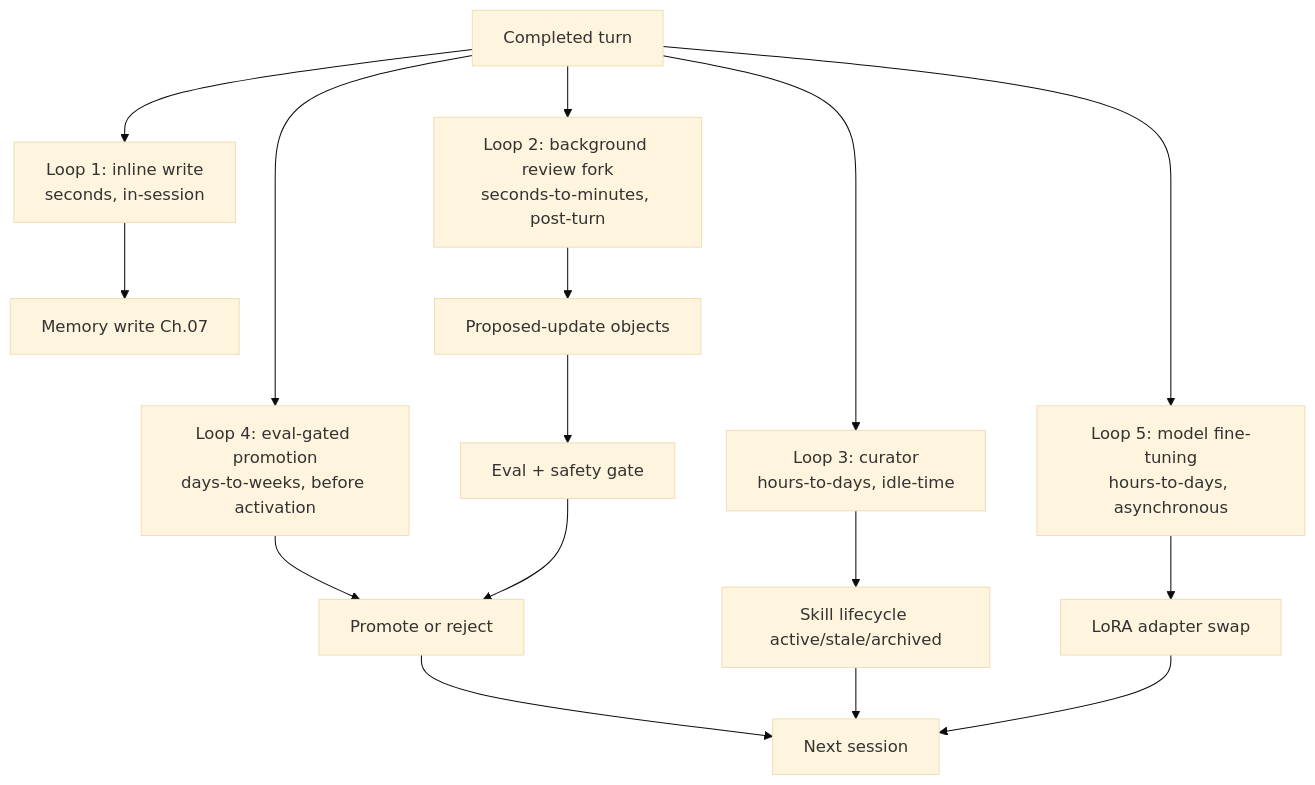
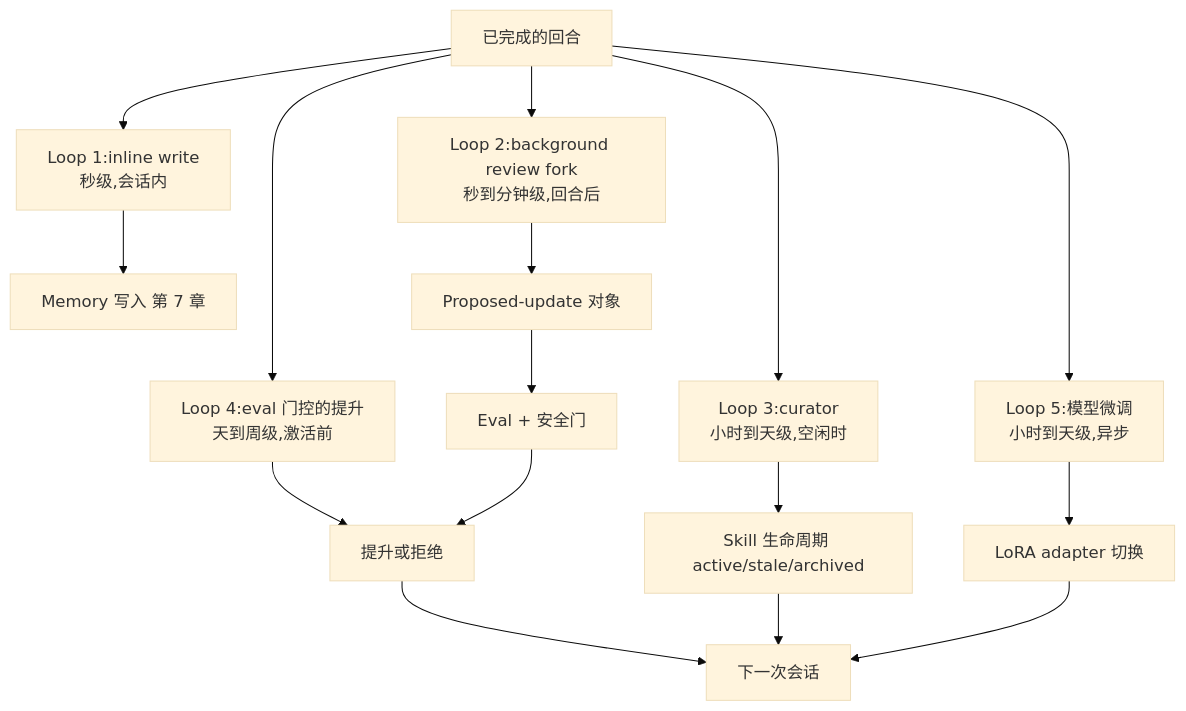
The first of 3 diagrams in course-zh/21-self-evolving-agents.md (ocxers/agentic-ai-system-course-zh), drawn with Mermaid (base theme) before and after one commit. The commit also changed other lines of this file and 14 other files, not shown here.

````diff
--- a/course-zh/21-self-evolving-agents.md
+++ b/course-zh/21-self-evolving-agents.md
@@ -37,18 +37,18 @@
 ```mermaid
 flowchart TD
-    Turn["Completed turn"] --> L1["Loop 1: inline write<br/>seconds, in-session"]
-    Turn --> L2["Loop 2: background review fork<br/>seconds-to-minutes, post-turn"]
-    Turn --> L3["Loop 3: curator<br/>hours-to-days, idle-time"]
-    Turn --> L4["Loop 4: eval-gated promotion<br/>days-to-weeks, before activation"]
-    Turn --> L5["Loop 5: model fine-tuning<br/>hours-to-days, asynchronous"]
-    L1 --> Memory["Memory write Ch.07"]
-    L2 --> Proposal["Proposed-update objects"]
-    L3 --> Lifecycle["Skill lifecycle active/stale/archived"]
-    L4 --> Promote["Promote or reject"]
-    L5 --> Adapter["LoRA adapter swap"]
-    Proposal --> Gate["Eval + safety gate"]
+    Turn["已完成的回合"] --> L1["Loop 1:inline write<br/>秒级,会话内"]
+    Turn --> L2["Loop 2:background review fork<br/>秒到分钟级,回合后"]
+    Turn --> L3["Loop 3:curator<br/>小时到天级,空闲时"]
+    Turn --> L4["Loop 4:eval 门控的提升<br/>天到周级,激活前"]
+    Turn --> L5["Loop 5:模型微调<br/>小时到天级,异步"]
+    L1 --> Memory["Memory 写入 第 7 章"]
+    L2 --> Proposal["Proposed-update 对象"]
+    L3 --> Lifecycle["Skill 生命周期 active/stale/archived"]
+    L4 --> Promote["提升或拒绝"]
+    L5 --> Adapter["LoRA adapter 切换"]
+    Proposal --> Gate["Eval + 安全门"]
     Gate --> Promote
-    Promote --> Next["Next session"]
+    Promote --> Next["下一次会话"]
     Lifecycle --> Next
     Adapter --> Next
 ```
````
